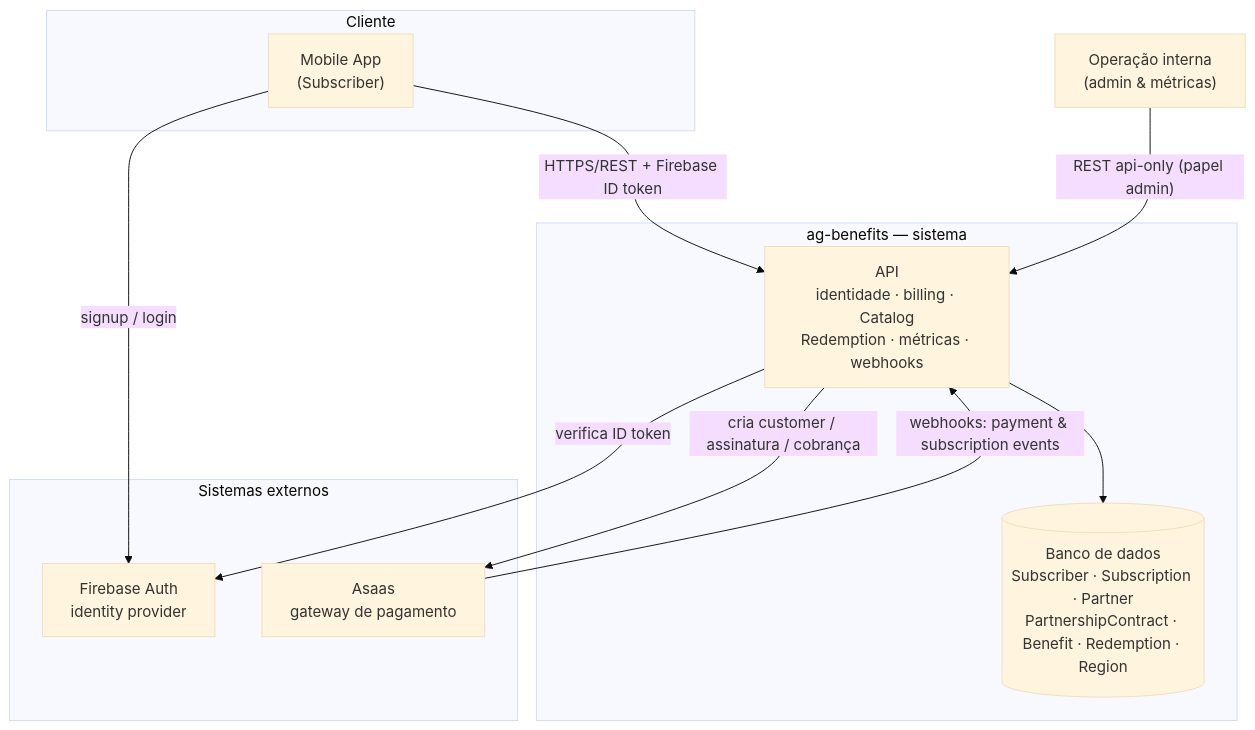
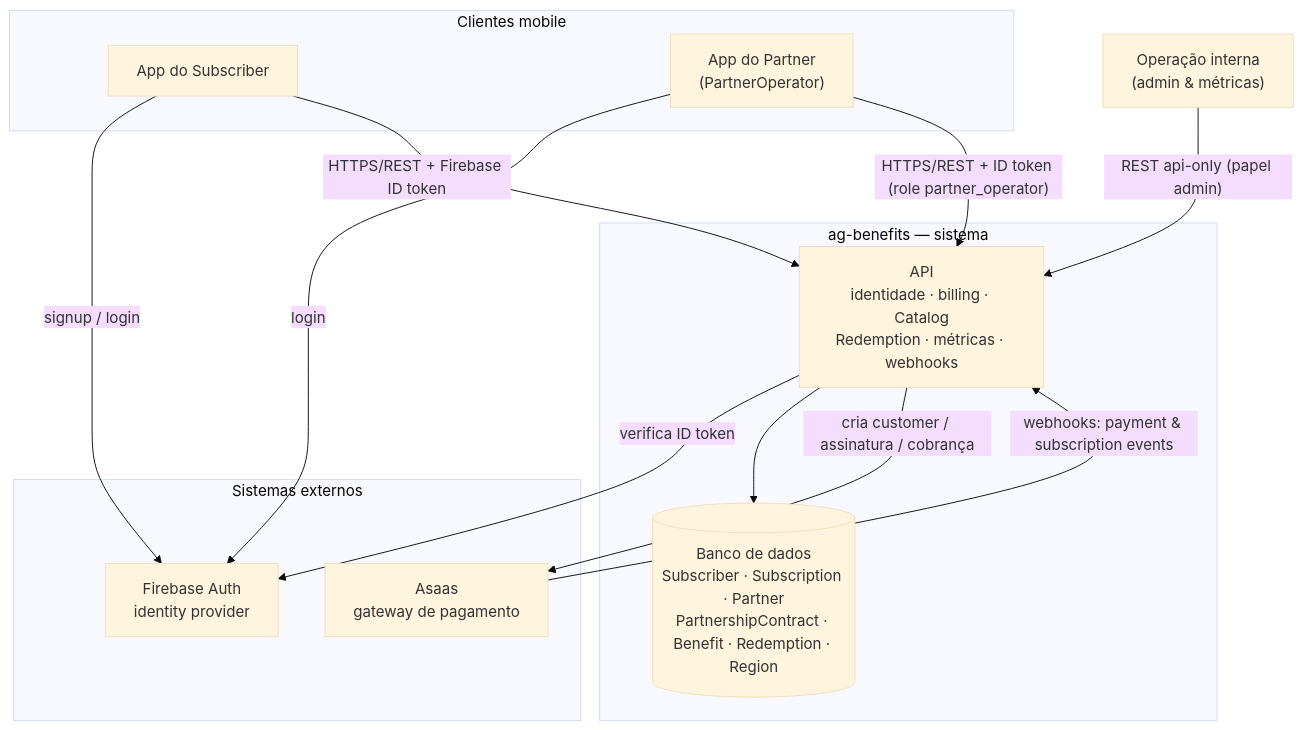
One commit to silvioubaldino/ag-benefits-context changed the diagram in architecture_decisions/ADR-001-topologia-cross-repo.md. Above: the diagram before and after it, drawn with Mermaid (base theme). The commit also changed other lines of this file and 6 other files, not shown here.

````diff
--- a/architecture_decisions/ADR-001-topologia-cross-repo.md
+++ b/architecture_decisions/ADR-001-topologia-cross-repo.md
@@ -69,26 +73,29 @@
 ```mermaid
 flowchart TB
-  subgraph cliente[Cliente]
-    M["Mobile App<br/>(Subscriber)"]
+  subgraph cliente[Clientes mobile]
+    M["App do Subscriber"]
+    P["App do Partner<br/>(PartnerOperator)"]
   end
 
   subgraph agb["ag-benefits — sistema"]
     API["API<br/>identidade · billing · Catalog<br/>Redemption · métricas · webhooks"]
     DB[("Banco de dados<br/>Subscriber · Subscription · Partner<br/>PartnershipContract · Benefit · Redemption · Region")]
   end
 
   subgraph ext[Sistemas externos]
     FB["Firebase Auth<br/>identity provider"]
     AS["Asaas<br/>gateway de pagamento"]
   end
 
   ADM["Operação interna<br/>(admin & métricas)"]
 
   M -->|"signup / login"| FB
   M -->|"HTTPS/REST + Firebase ID token"| API
+  P -->|"login"| FB
+  P -->|"HTTPS/REST + ID token (role partner_operator)"| API
   API -->|"verifica ID token"| FB
   API --> DB
   API -->|"cria customer / assinatura / cobrança"| AS
   AS -->|"webhooks: payment & subscription events"| API
   ADM -->|"REST api-only (papel admin)"| API
 ```
````
